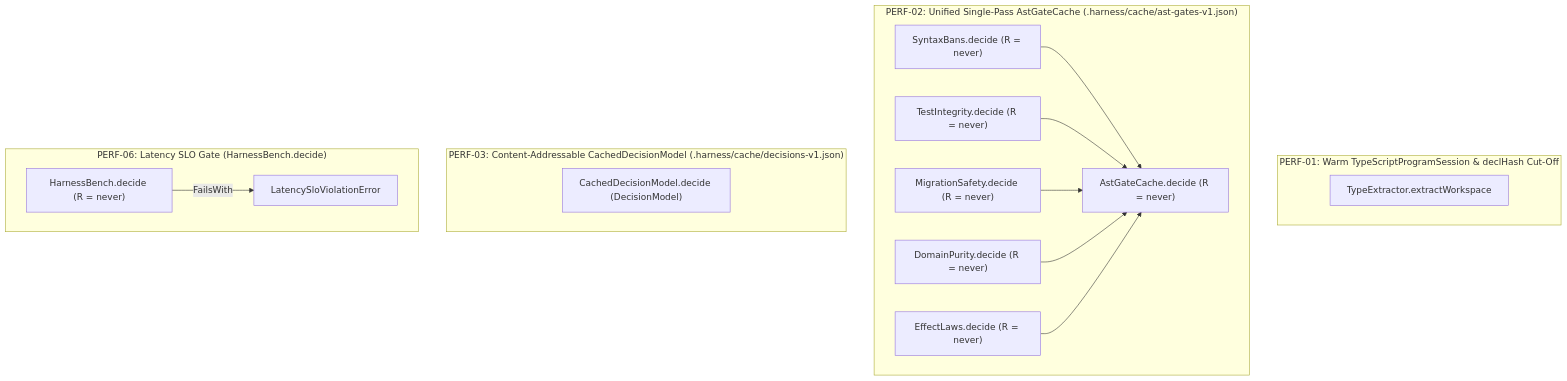
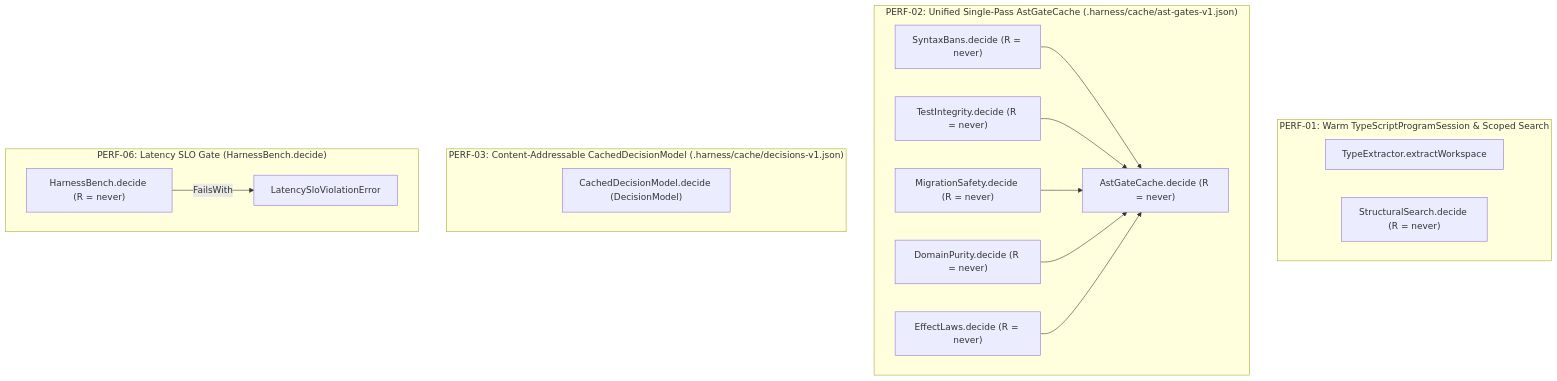
The diagram in libs/harness/docs/specs/2026-11-09-sub-second-incremental-harness-and-caching.md (selmeci/effect-ts-harness), drawn with Mermaid before and after one commit. The commit also changed other lines of this file and 15 other files, not shown here.

Commit message:
feat(harness): add scoped StructuralSearch.decide line-locator and reviewer MCP navigation protocol (harness:SPEC-0009, harness:ADR-0010)

````diff
--- a/libs/harness/docs/specs/2026-11-09-sub-second-incremental-harness-and-caching.md
+++ b/libs/harness/docs/specs/2026-11-09-sub-second-incremental-harness-and-caching.md
@@ -117,30 +129,31 @@
 ```mermaid
 flowchart TD
-    subgraph WarmTypeExtractor["PERF-01: Warm TypeScriptProgramSession & declHash Cut-Off"]
+    subgraph WarmTypeExtractor["PERF-01: Warm TypeScriptProgramSession & Scoped Search"]
         ExtractWorkspace["TypeExtractor.extractWorkspace"]
+        StructuralSearchDecide["StructuralSearch.decide (R = never)"]
     end
 
     subgraph UnifiedAstGates["PERF-02: Unified Single-Pass AstGateCache (.harness/cache/ast-gates-v1.json)"]
         AstCacheDecide["AstGateCache.decide (R = never)"]
         SyntaxBansDecide["SyntaxBans.decide (R = never)"]
         TestIntegrityDecide["TestIntegrity.decide (R = never)"]
         MigrationSafetyDecide["MigrationSafety.decide (R = never)"]
         DomainPurityDecide["DomainPurity.decide (R = never)"]
         EffectLawsDecide["EffectLaws.decide (R = never)"]
         SyntaxBansDecide --> AstCacheDecide
         TestIntegrityDecide --> AstCacheDecide
         MigrationSafetyDecide --> AstCacheDecide
         DomainPurityDecide --> AstCacheDecide
         EffectLawsDecide --> AstCacheDecide
     end
 
     subgraph DecisionCaching["PERF-03: Content-Addressable CachedDecisionModel (.harness/cache/decisions-v1.json)"]
         CachedDecision["CachedDecisionModel.decide (DecisionModel)"]
     end
 
     subgraph LatencySloGate["PERF-06: Latency SLO Gate (HarnessBench.decide)"]
         BenchDecide["HarnessBench.decide (R = never)"]
         LatencySloViolationError["LatencySloViolationError"]
         BenchDecide -->|FailsWith| LatencySloViolationError
     end
 ```
````
